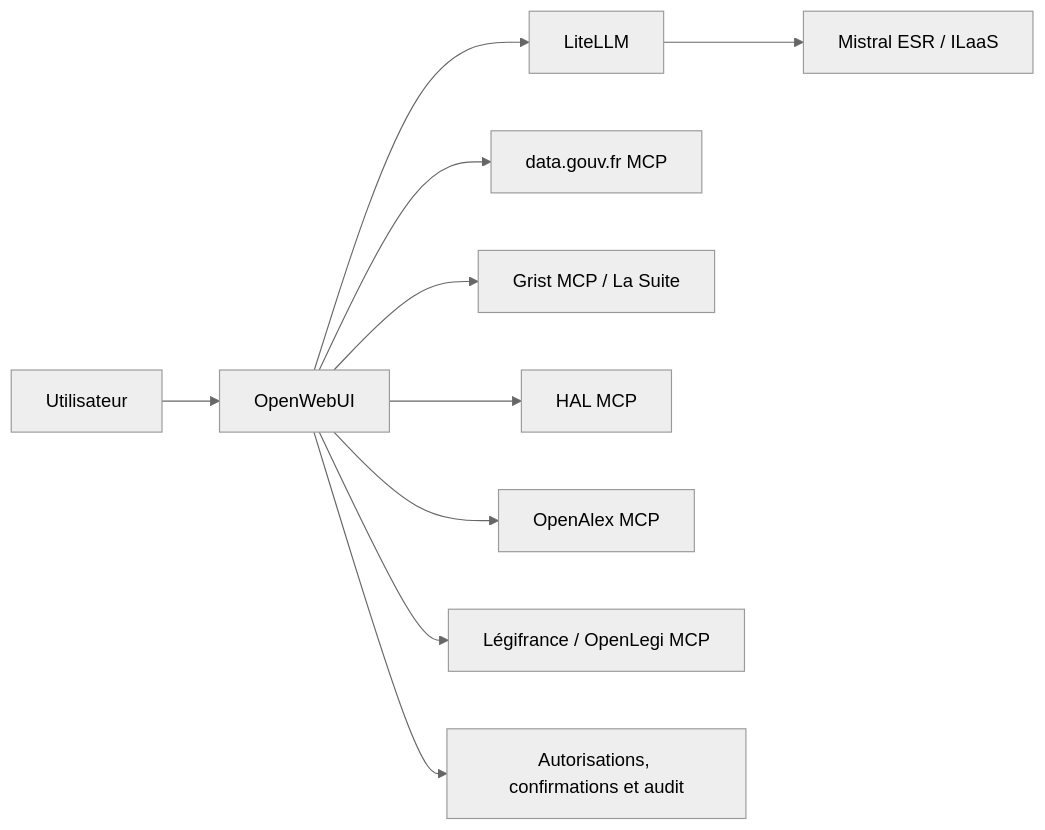
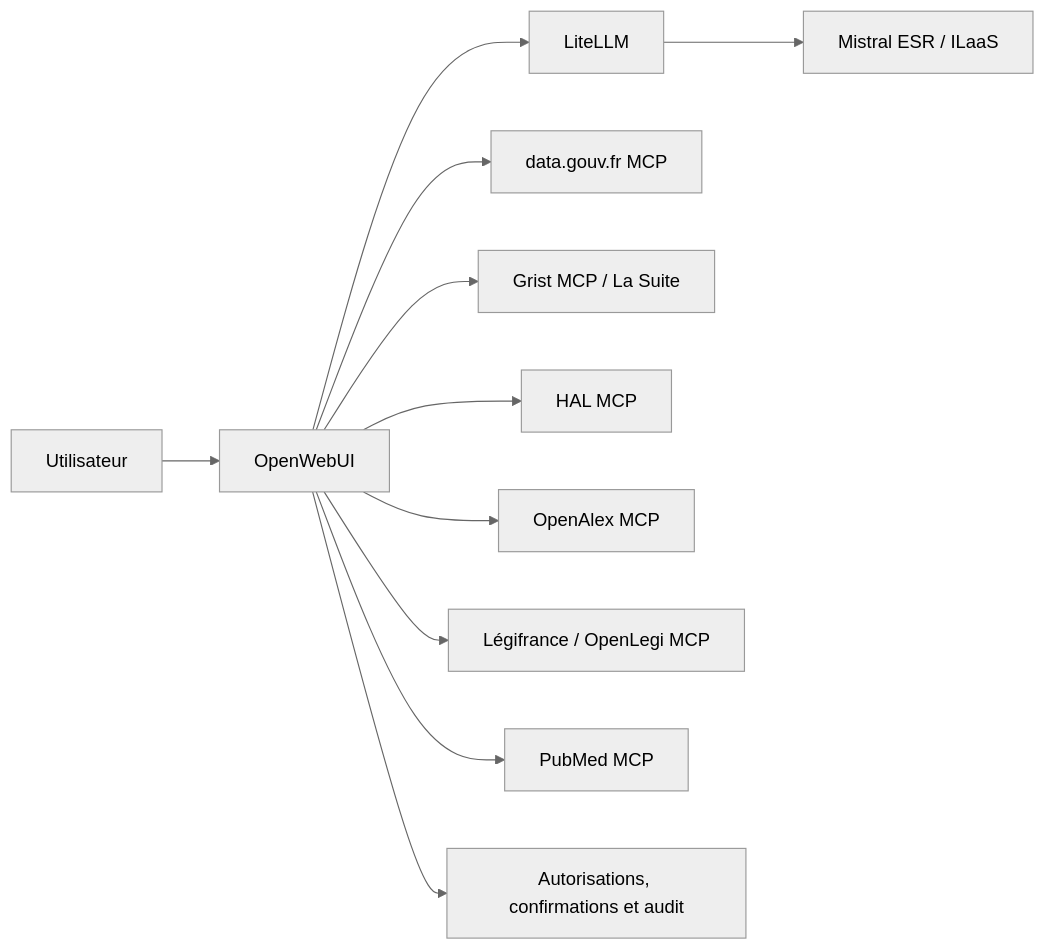
One commit to EsupPortail/esup-mcp-catalog changed the diagram in README.md. Above: the diagram before and after it, drawn with Mermaid (neutral theme). The commit also changed other lines of this file and 9 other files, not shown here.

First line of the commit message:
feat: add PubMed connector manifest and card

````diff
--- a/README.md
+++ b/README.md
@@ -27,12 +28,13 @@
 ```mermaid
 flowchart LR
     U[Utilisateur] --> OW[OpenWebUI]
     OW --> LL[LiteLLM]
     LL --> M[Mistral ESR / ILaaS]
     OW --> DG[data.gouv.fr MCP]
     OW --> GR[Grist MCP / La Suite]
     OW --> HAL[HAL MCP]
     OW --> OA[OpenAlex MCP]
     OW --> LEG[Légifrance / OpenLegi MCP]
+    OW --> PM[PubMed MCP]
     OW --> A[Autorisations, confirmations et audit]
 ```
````
